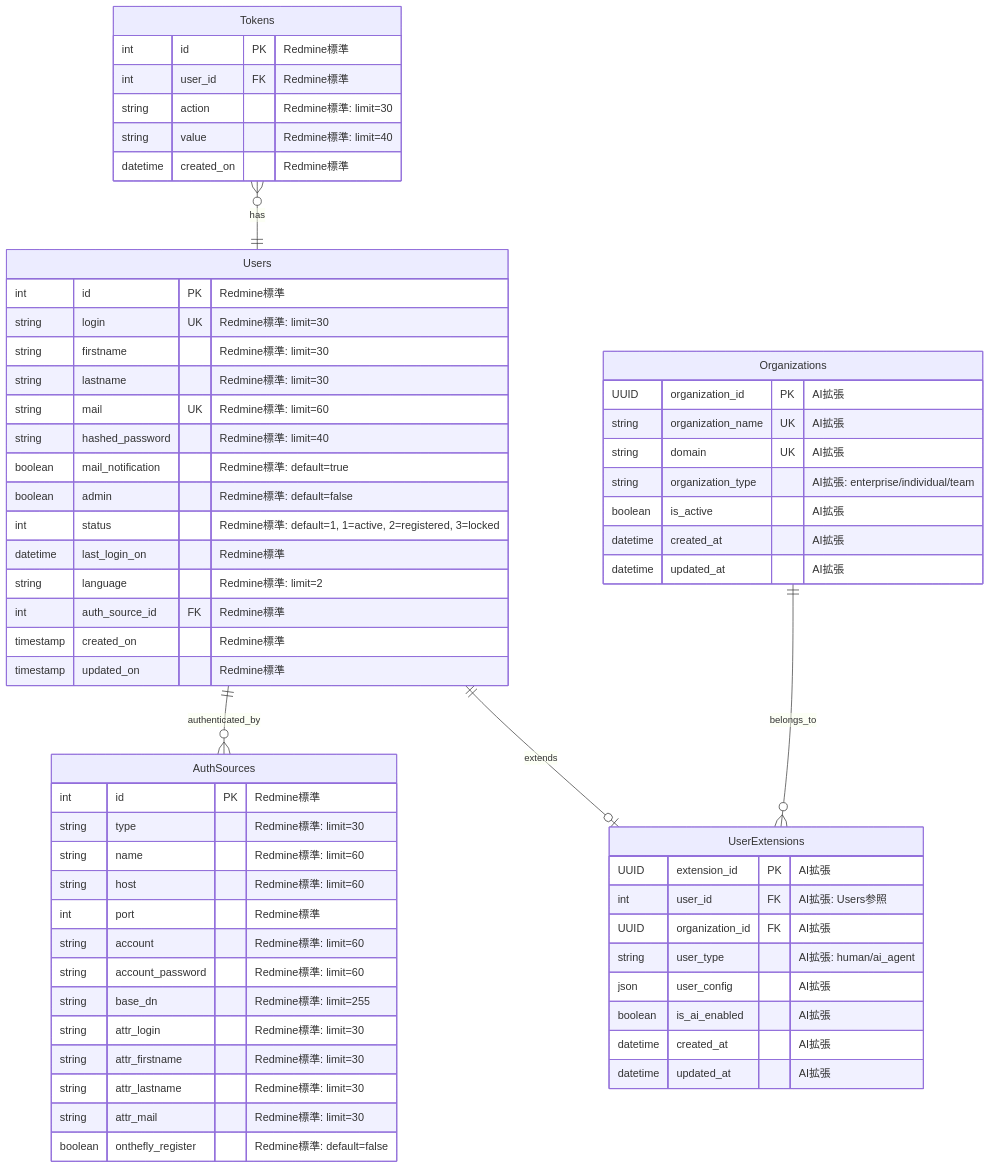
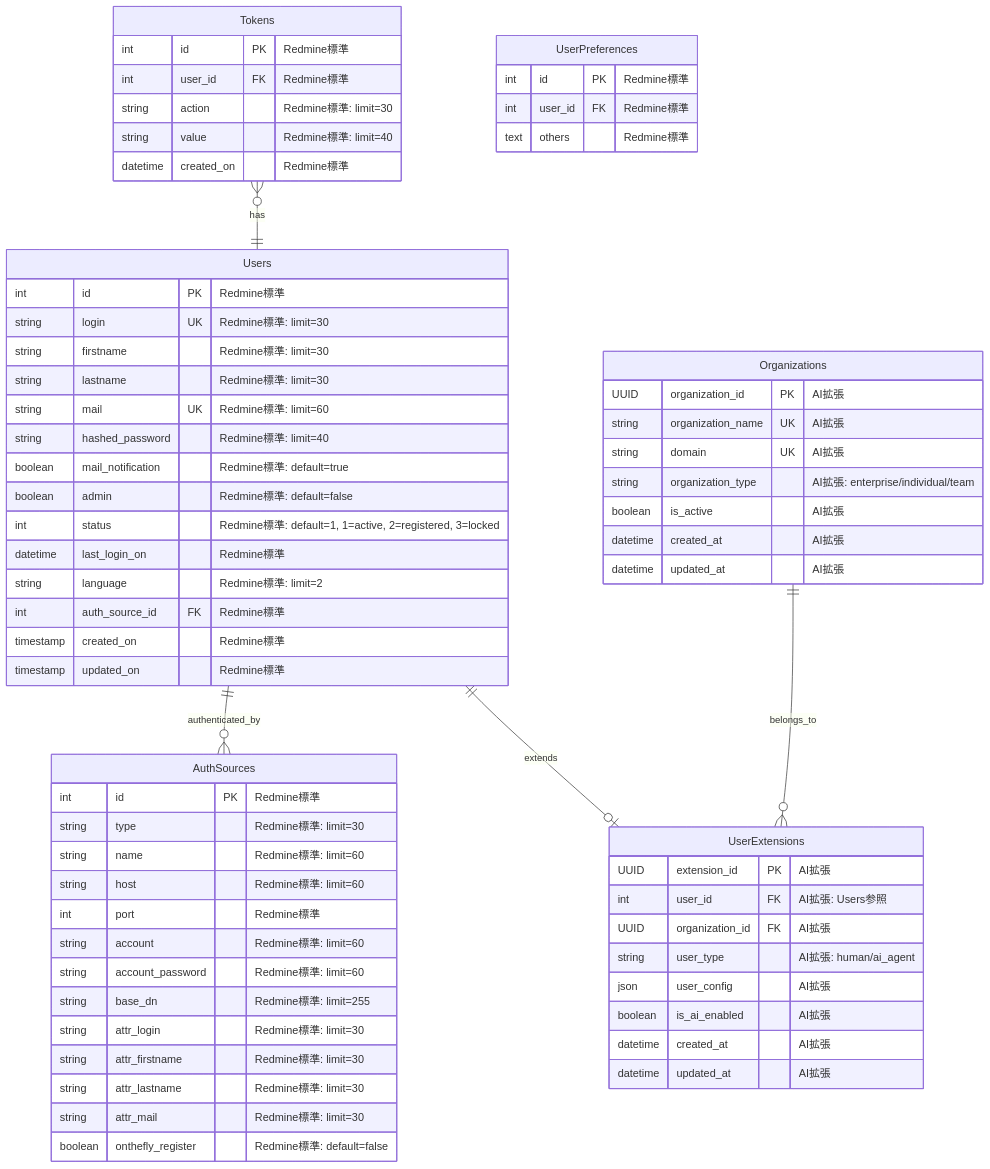
One commit to daichiTAAA/AgentOpsPlatform changed the first of 16 diagrams in docs/030000_設計/035000_データ設計/035010_ER図.md. Above: the diagram before and after it, drawn with Mermaid. The commit also changed other lines of this file, not shown here.

````diff
--- a/docs/030000_設計/035000_データ設計/035010_ER図.md
+++ b/docs/030000_設計/035000_データ設計/035010_ER図.md
@@ -102,72 +102,78 @@
 ```mermaid
 erDiagram
     %% Redmine標準テーブル（変更なし）
     Users {
         int id PK "Redmine標準"
         string login UK "Redmine標準: limit=30"
         string firstname "Redmine標準: limit=30"
         string lastname "Redmine標準: limit=30"
         string mail UK "Redmine標準: limit=60"
         string hashed_password "Redmine標準: limit=40"
         boolean mail_notification "Redmine標準: default=true"
         boolean admin "Redmine標準: default=false"
         int status "Redmine標準: default=1, 1=active, 2=registered, 3=locked"
         datetime last_login_on "Redmine標準"
         string language "Redmine標準: limit=2"
         int auth_source_id FK "Redmine標準"
         timestamp created_on "Redmine標準"
         timestamp updated_on "Redmine標準"
     }
     
     AuthSources {
         int id PK "Redmine標準"
         string type "Redmine標準: limit=30"
         string name "Redmine標準: limit=60"
         string host "Redmine標準: limit=60"
         int port "Redmine標準"
         string account "Redmine標準: limit=60"
         string account_password "Redmine標準: limit=60"
         string base_dn "Redmine標準: limit=255"
         string attr_login "Redmine標準: limit=30"
         string attr_firstname "Redmine標準: limit=30"
         string attr_lastname "Redmine標準: limit=30"
         string attr_mail "Redmine標準: limit=30"
         boolean onthefly_register "Redmine標準: default=false"
     }
     
     Tokens {
         int id PK "Redmine標準"
         int user_id FK "Redmine標準"
         string action "Redmine標準: limit=30"
         string value "Redmine標準: limit=40"
         datetime created_on "Redmine標準"
     }
     
+    UserPreferences {
+        int id PK "Redmine標準"
+        int user_id FK "Redmine標準"
+        text others "Redmine標準"
+    }
+    
     %% AI拡張テーブル（新規追加）
     Organizations {
         UUID organization_id PK "AI拡張"
         string organization_name UK "AI拡張"
         string domain UK "AI拡張"
         string organization_type "AI拡張: enterprise/individual/team"
         boolean is_active "AI拡張"
         datetime created_at "AI拡張"
         datetime updated_at "AI拡張"
     }
     
     UserExtensions {
         UUID extension_id PK "AI拡張"
         int user_id FK "AI拡張: Users参照"
         UUID organization_id FK "AI拡張"
         string user_type "AI拡張: human/ai_agent"
         json user_config "AI拡張"
         boolean is_ai_enabled "AI拡張"
         datetime created_at "AI拡張"
         datetime updated_at "AI拡張"
     }
     
     %% 関係性
     Tokens }o--|| Users : has
     Users ||--o| UserExtensions : extends
     Organizations ||--o{ UserExtensions : belongs_to
     Users ||--o{ AuthSources : authenticated_by
 ```
````
